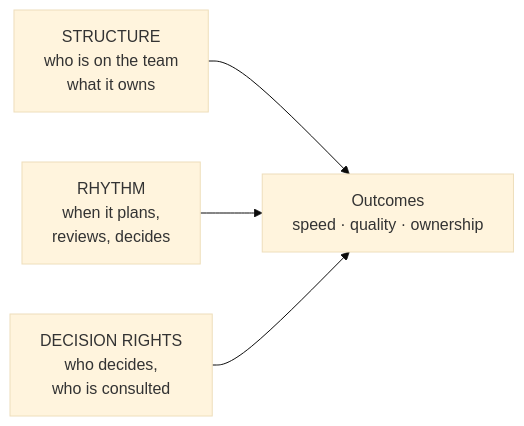
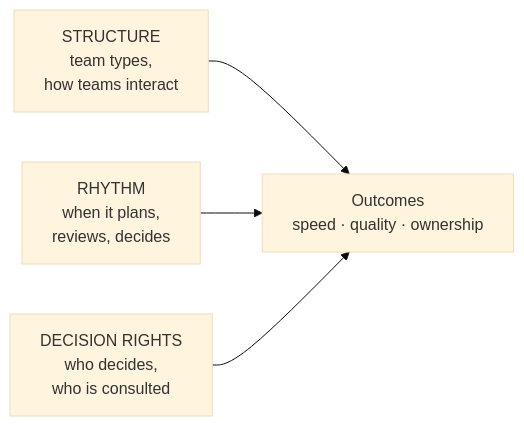
One commit to aakashagg123/gatsby changed the first of 2 diagrams in business-acumen/teams-and-collaboration.md. Above: the diagram before and after it, drawn with Mermaid (base theme). The commit also changed other lines of this file and 17 other files, not shown here.

````diff
--- a/business-acumen/teams-and-collaboration.md
+++ b/business-acumen/teams-and-collaboration.md
@@ -25,6 +36,6 @@
 ```mermaid
 flowchart LR
-  S["STRUCTURE<br/>who is on the team<br/>what it owns"] --> O["Outcomes<br/>speed · quality · ownership"]
+  S["STRUCTURE<br/>team types,<br/>how teams interact"] --> O["Outcomes<br/>speed · quality · ownership"]
   R["RHYTHM<br/>when it plans,<br/>reviews, decides"] --> O
   D["DECISION RIGHTS<br/>who decides,<br/>who is consulted"] --> O
 ```
````
